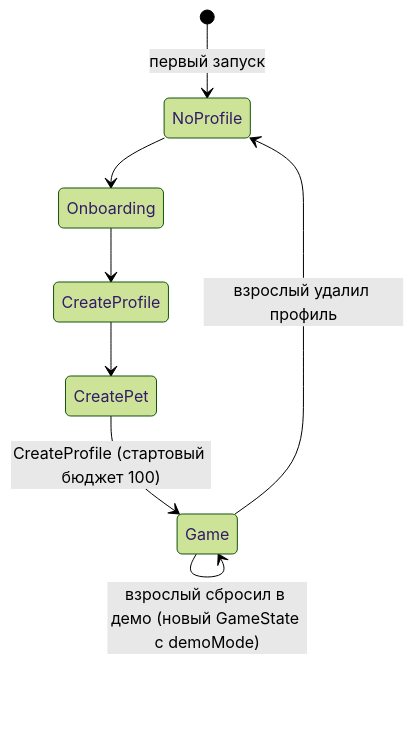
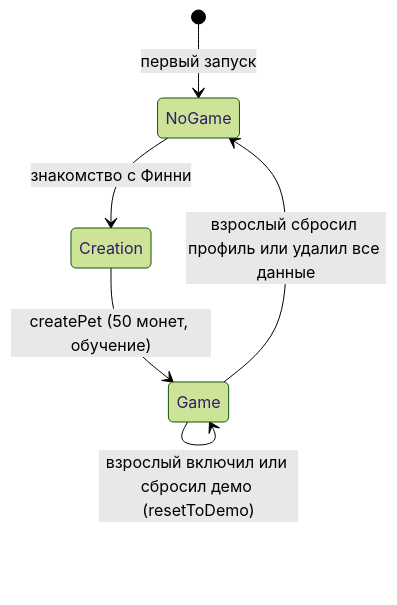
One commit to lolipokzz/finni-hackaton changed the first of 2 diagrams in docs/03-processes.md. Above: the diagram before and after it, drawn with Mermaid (forest theme). The commit also changed other lines of this file and 11 other files, not shown here.

````diff
--- a/docs/03-processes.md
+++ b/docs/03-processes.md
@@ -9,11 +9,9 @@
 ```mermaid
 stateDiagram-v2
-  [*] --> NoProfile : первый запуск
-  NoProfile --> Onboarding
-  Onboarding --> CreateProfile
-  CreateProfile --> CreatePet
-  CreatePet --> Game : CreateProfile (стартовый бюджет 100)
+  [*] --> NoGame : первый запуск
+  NoGame --> Creation : знакомство с Финни
+  Creation --> Game : createPet (50 монет, обучение)
   Game --> Game : команды
-  Game --> NoProfile : взрослый удалил профиль
-  Game --> Game : взрослый сбросил в демо (новый GameState с demoMode)
+  Game --> NoGame : взрослый сбросил профиль или удалил все данные
+  Game --> Game : взрослый включил или сбросил демо (resetToDemo)
 ```
````
